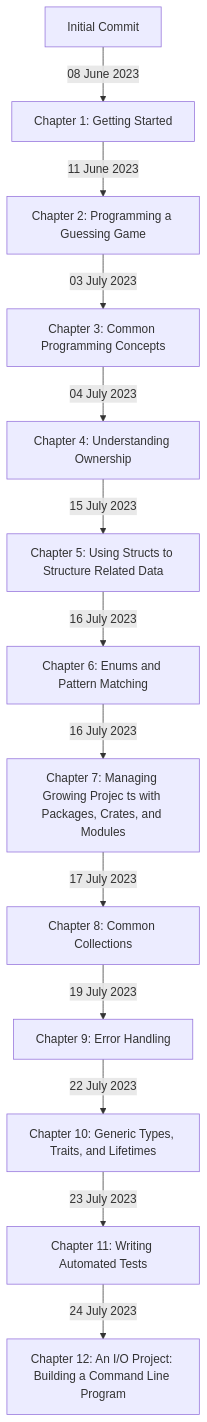
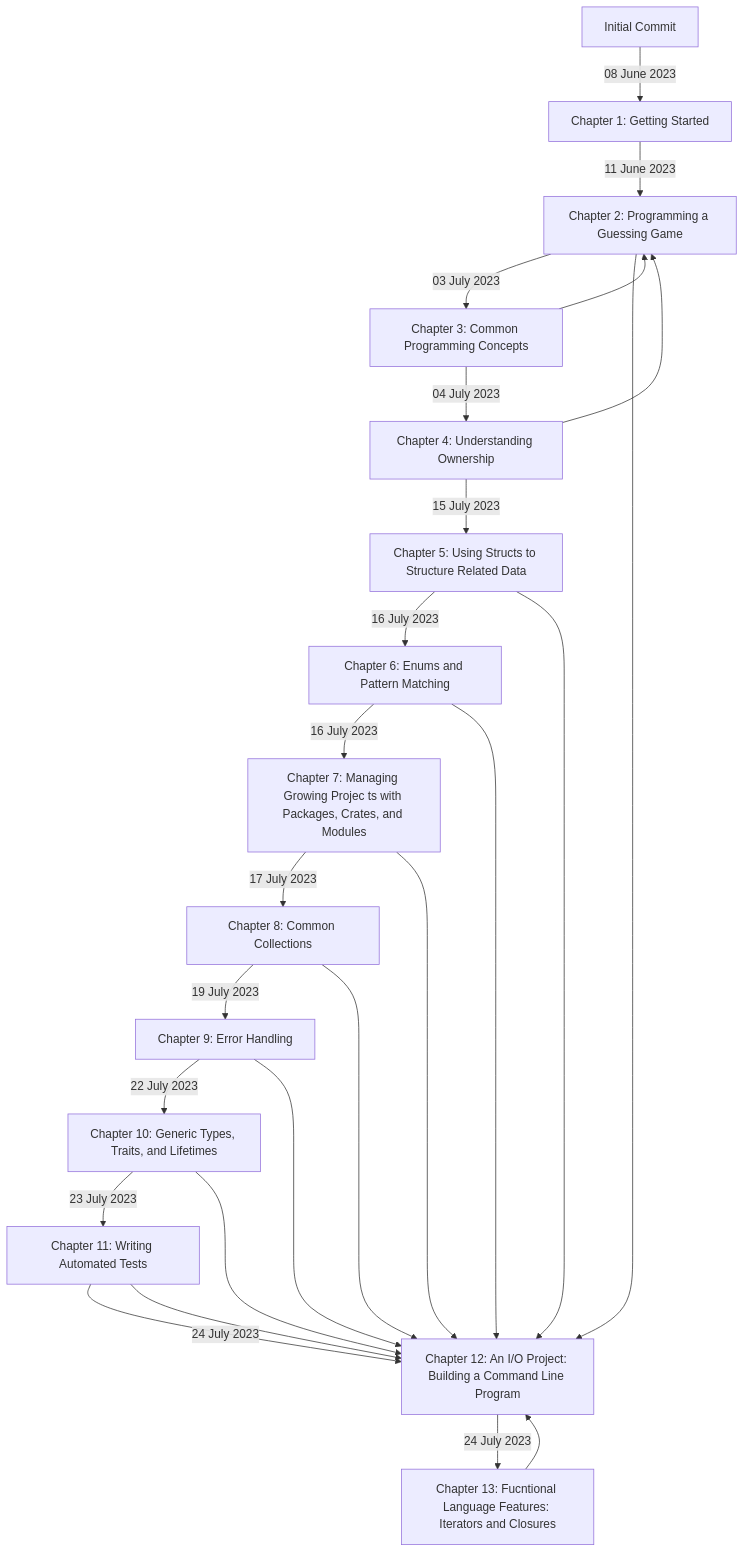
Before and after one commit to c4collins/the-rust-programming-language-rust-2021: the diagram in README.md, drawn with Mermaid. The commit also changed other lines of this file, not shown here.

Commit message:
Updated README
Made the mermaid timeline flowchart more interesting

````diff
--- a/README.md
+++ b/README.md
@@ -33,15 +33,27 @@
 ```mermaid 
 flowchart TD
     0[Initial Commit] -- 08 June 2023 --> 1[Chapter 1: Getting Started]
     1 -- 11 June 2023 --> 2[Chapter 2: Programming a Guessing Game]
     2 -- 03 July 2023 --> 3[Chapter 3: Common Programming Concepts]
+    3 --> 2
     3 -- 04 July 2023 --> 4[Chapter 4: Understanding Ownership]
+    4 --> 2
     4 -- 15 July 2023 --> 5[Chapter 5: Using Structs to Structure Related Data]
     5 -- 16 July 2023--> 6[Chapter 6: Enums and Pattern Matching]
     6 -- 16 July 2023 --> 7[Chapter 7: Managing Growing Projec ts with Packages, Crates, and Modules]
     7 -- 17 July 2023 --> 8[Chapter 8: Common Collections]
     8 -- 19 July 2023 --> 9[Chapter 9: Error Handling]
     9 -- 22 July 2023 --> 10[Chapter 10: Generic Types, Traits, and Lifetimes]
     10 -- 23 July 2023 --> 11[Chapter 11: Writing Automated Tests]
     11 -- 24 July 2023 --> 12[Chapter 12: An I/O Project: Building a Command Line Program]
+    2 --> 12
+    5 --> 12
+    6 --> 12
+    7 --> 12
+    8 --> 12
+    9 --> 12
+    10 --> 12
+    11 --> 12
+    12 -- 24 July 2023 --> 13[Chapter 13: Fucntional Language Features: Iterators and Closures]
+    13 --> 12
 ```
````
